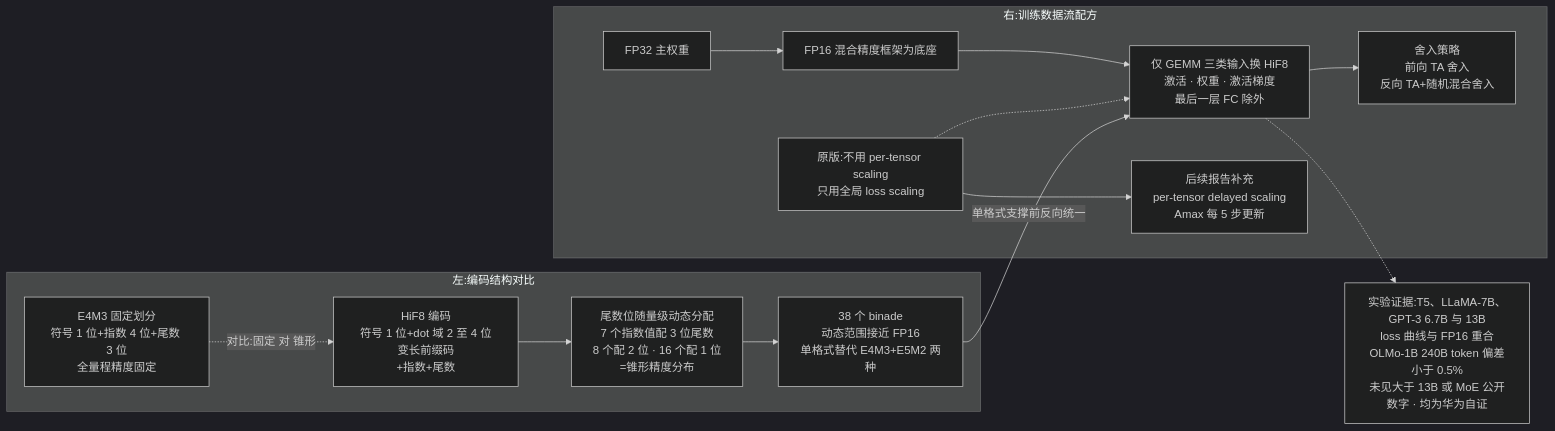
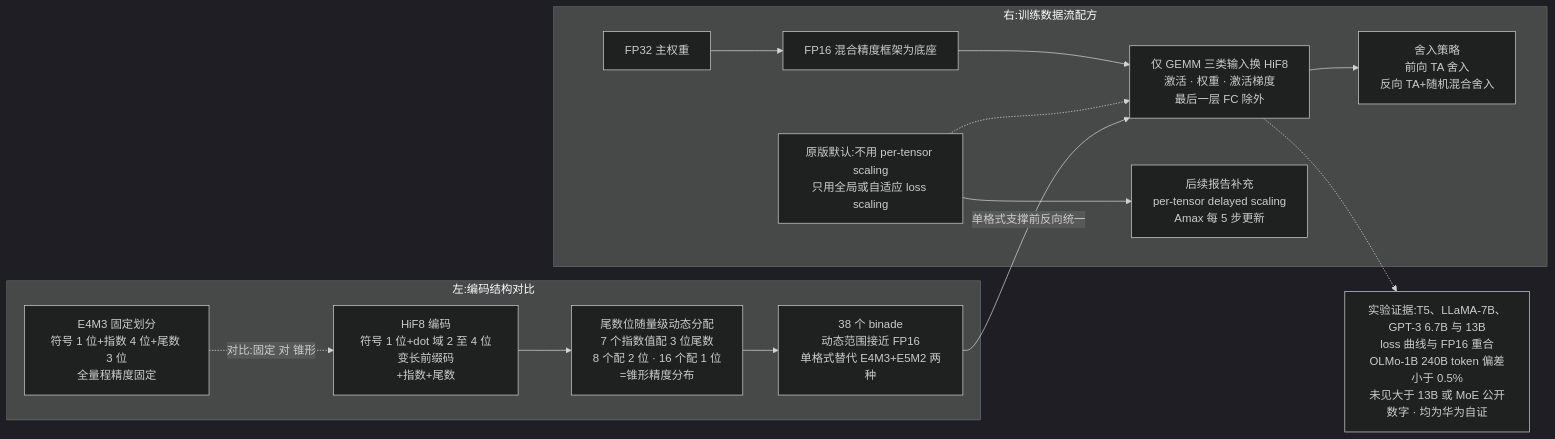
Before and after one commit to lloo099/mission44: the fifth of 5 diagrams in docs/blog/dispatch-27-low-bit-training.md, drawn with Mermaid (dark theme). The commit also changed other lines of this file, not shown here.

````diff
--- a/docs/blog/dispatch-27-low-bit-training.md
+++ b/docs/blog/dispatch-27-low-bit-training.md
@@ -286,26 +286,26 @@
 ```mermaid
 flowchart LR
     subgraph ENC ["左:编码结构对比"]
         E4M3["E4M3 固定划分<br/>符号 1 位+指数 4 位+尾数 3 位<br/>全量程精度固定"]
         HC1["HiF8 编码<br/>符号 1 位+dot 域 2 至 4 位变长前缀码<br/>+指数+尾数"]
         HC2["尾数位随量级动态分配<br/>7 个指数值配 3 位尾数<br/>8 个配 2 位 · 16 个配 1 位<br/>=锥形精度分布"]
         HC3["38 个 binade<br/>动态范围接近 FP16<br/>单格式替代 E4M3+E5M2 两种"]
         E4M3 -. "对比:固定 对 锥形" .-> HC1
         HC1 --> HC2 --> HC3
     end
     subgraph FLOW ["右:训练数据流配方"]
         MW["FP32 主权重"]
         FRAME["FP16 混合精度框架为底座"]
         GEMM["仅 GEMM 三类输入换 HiF8<br/>激活 · 权重 · 激活梯度<br/>最后一层 FC 除外"]
         RND["舍入策略<br/>前向 TA 舍入<br/>反向 TA+随机混合舍入"]
-        SC1["原版:不用 per-tensor scaling<br/>只用全局 loss scaling"]
+        SC1["原版默认:不用 per-tensor scaling<br/>只用全局或自适应 loss scaling"]
         SC2["后续报告补充<br/>per-tensor delayed scaling<br/>Amax 每 5 步更新"]
         MW --> FRAME --> GEMM
         GEMM --> RND
         SC1 --> SC2
         SC1 -.-> GEMM
     end
     HC3 -->|"单格式支撑前反向统一"| GEMM
     EXP["实验证据:T5、LLaMA-7B、GPT-3 6.7B 与 13B<br/>loss 曲线与 FP16 重合<br/>OLMo-1B 240B token 偏差小于 0.5%<br/>未见大于 13B 或 MoE 公开数字 · 均为华为自证"]
     GEMM -.-> EXP
 ```
````
